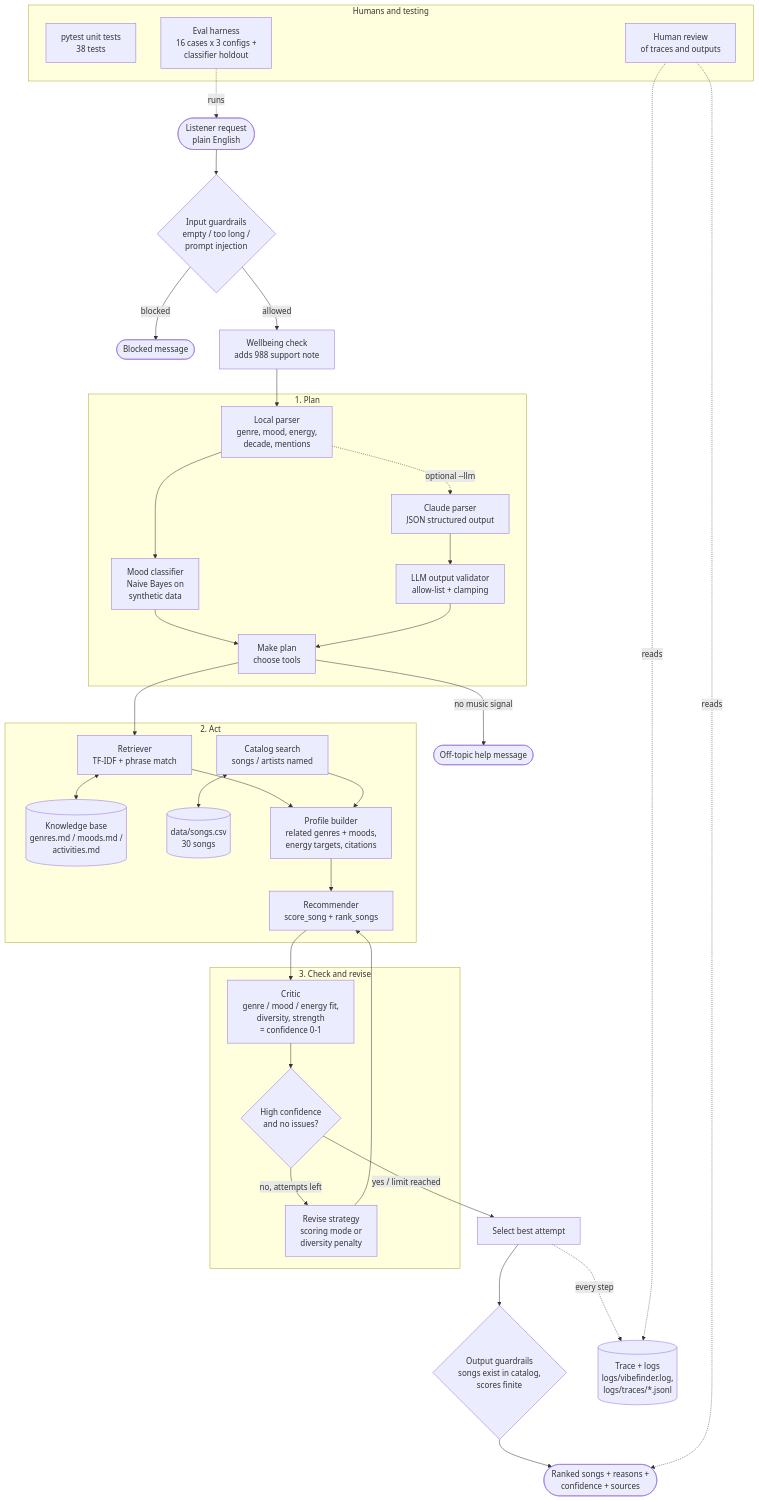
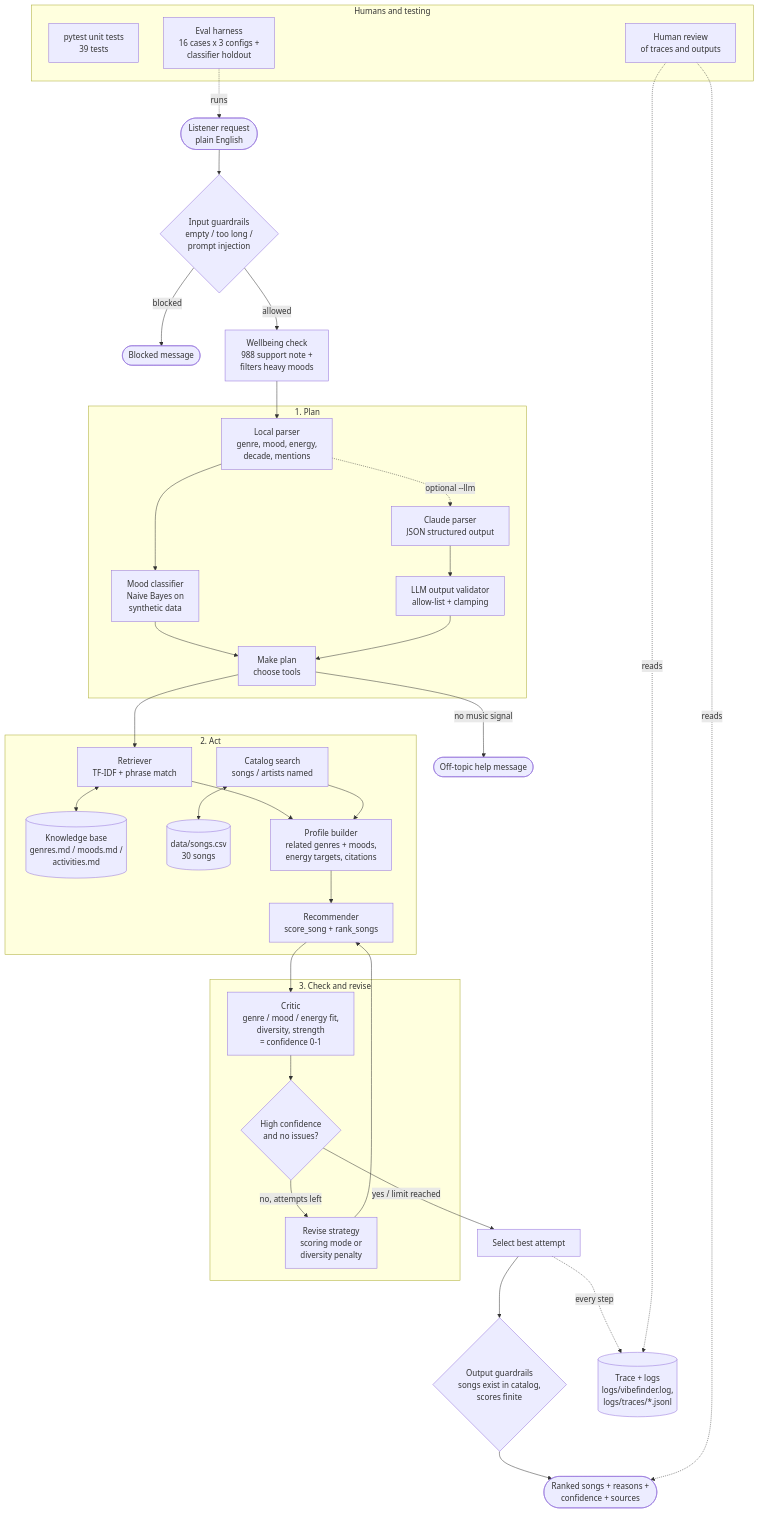
The diagram in diagrams/architecture.mmd (DavidMackHU/applied-ai-system-project), drawn with Mermaid before and after one commit. The commit also changed 2 other files, not shown here.

Commit message:
Update architecture diagram and add rendered Markdown version
Diagram now shows 39 tests and the wellbeing heavy-mood filter.
diagrams/architecture.md wraps the same Mermaid source in a code block
so GitHub renders it.

```diff
--- a/diagrams/architecture.mmd
+++ b/diagrams/architecture.mmd
@@ -1,48 +1,48 @@
 %% VibeFinder AI - system architecture
 flowchart TD
     U([Listener request<br/>plain English]) --> G1{Input guardrails<br/>empty / too long /<br/>prompt injection}
     G1 -- blocked --> B([Blocked message])
-    G1 -- allowed --> W[Wellbeing check<br/>adds 988 support note]
+    G1 -- allowed --> W[Wellbeing check<br/>988 support note +<br/>filters heavy moods]
     W --> P
 
     subgraph PLAN [1. Plan]
         P[Local parser<br/>genre, mood, energy,<br/>decade, mentions] --> C[Mood classifier<br/>Naive Bayes on<br/>synthetic data]
         P -. optional --llm .-> L[Claude parser<br/>JSON structured output]
         L --> V[LLM output validator<br/>allow-list + clamping]
         C --> PL[Make plan<br/>choose tools]
         V --> PL
     end
 
     PL -- no music signal --> OT([Off-topic help message])
     PL --> R
 
     subgraph ACT [2. Act]
         R[Retriever<br/>TF-IDF + phrase match] <--> KB[(Knowledge base<br/>genres.md / moods.md /<br/>activities.md)]
         S[Catalog search<br/>songs / artists named] <--> CSV[(data/songs.csv<br/>30 songs)]
         R --> PR[Profile builder<br/>related genres + moods,<br/>energy targets, citations]
         S --> PR
         PR --> REC[Recommender<br/>score_song + rank_songs]
     end
 
     REC --> CR
 
     subgraph CHECK [3. Check and revise]
         CR[Critic<br/>genre / mood / energy fit,<br/>diversity, strength<br/>= confidence 0-1] --> D{High confidence<br/>and no issues?}
         D -- no, attempts left --> RV[Revise strategy<br/>scoring mode or<br/>diversity penalty]
         RV --> REC
     end
 
     D -- yes / limit reached --> SEL[Select best attempt]
     SEL --> G2{Output guardrails<br/>songs exist in catalog,<br/>scores finite}
     G2 --> OUT([Ranked songs + reasons +<br/>confidence + sources])
 
     SEL -. every step .-> T[(Trace + logs<br/>logs/vibefinder.log,<br/>logs/traces/*.jsonl)]
 
     subgraph TESTING [Humans and testing]
-        PT[pytest unit tests<br/>38 tests]
+        PT[pytest unit tests<br/>39 tests]
         EV[Eval harness<br/>16 cases x 3 configs +<br/>classifier holdout]
         HR[Human review<br/>of traces and outputs]
     end
     EV -. runs .-> U
     HR -. reads .-> T
     HR -. reads .-> OUT
```
